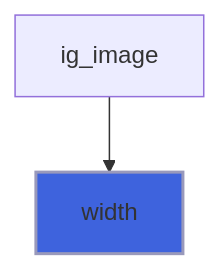
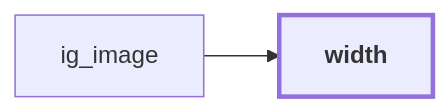
Before and after one commit to szaghi/figure: the eighth of 11 diagrams in docs/api/src/lib/figure_texture.md, drawn with Mermaid. The commit also changed other lines of this file and 54 other files, not shown here.

````diff
--- a/docs/api/src/lib/figure_texture.md
+++ b/docs/api/src/lib/figure_texture.md
@@ -186,5 +333,7 @@
 ```mermaid
-flowchart TD
+flowchart LR
   ig_image["ig_image"] --> width["width"]
-  style width fill:#3e63dd,stroke:#99b,stroke-width:2px
+  classDef focus stroke-width:3px,font-weight:bold
+  class width focus
+  click ig_image href "figure_imgui.html#ig-image" "ig_image"
 ```
````
